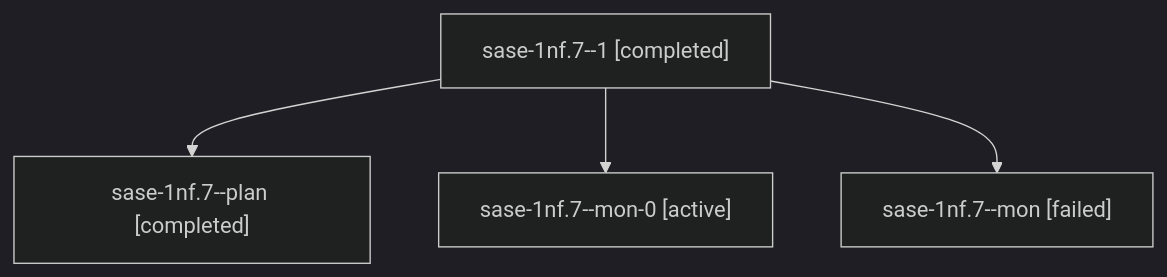
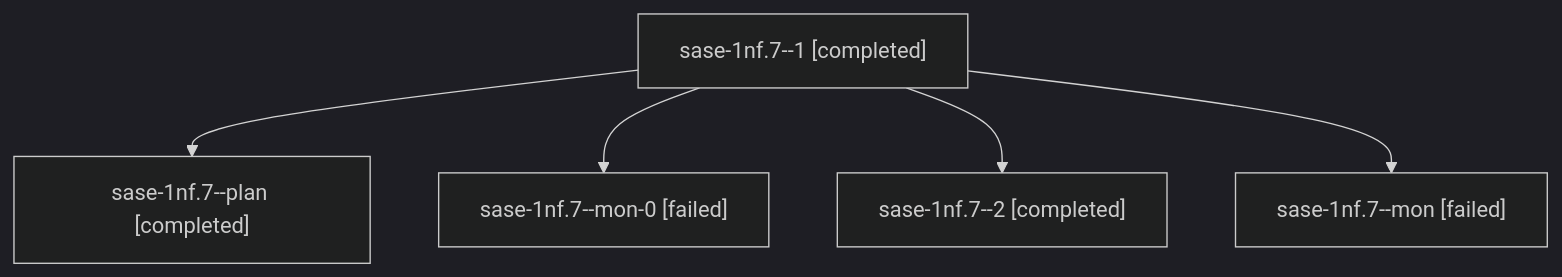
One commit to sase-org/sase--agents changed the diagram in sessions/bbugyi200.athena.sase-1nf.7.md. Above: the diagram before and after it, drawn with Mermaid (dark theme). The commit also changed other lines of this file and 189 other files, not shown here.

````diff
--- a/sessions/bbugyi200.athena.sase-1nf.7.md
+++ b/sessions/bbugyi200.athena.sase-1nf.7.md
@@ -9,10 +9,12 @@
 ```mermaid
 flowchart TD
   n0["sase-1nf.7--1 [completed]"]
   n1["sase-1nf.7--plan [completed]"]
   n0 --> n1
-  n2["sase-1nf.7--mon-0 [active]"]
+  n2["sase-1nf.7--mon-0 [failed]"]
   n0 --> n2
-  n3["sase-1nf.7--mon [failed]"]
+  n3["sase-1nf.7--2 [completed]"]
   n0 --> n3
+  n4["sase-1nf.7--mon [failed]"]
+  n0 --> n4
 ```
````
